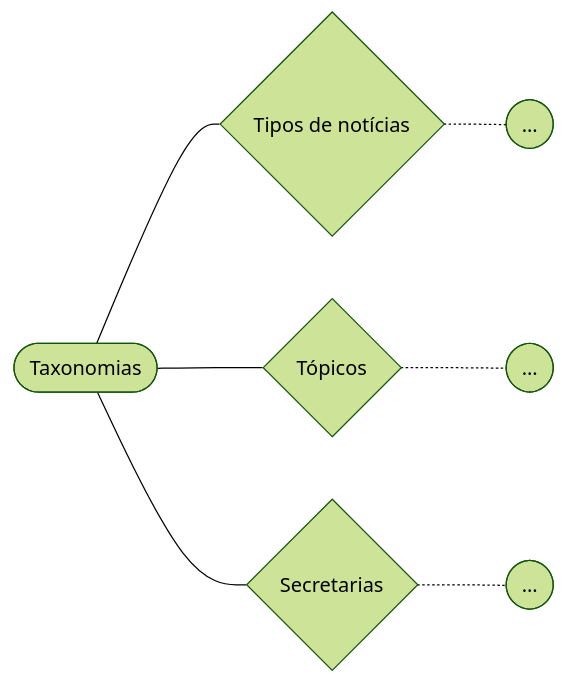
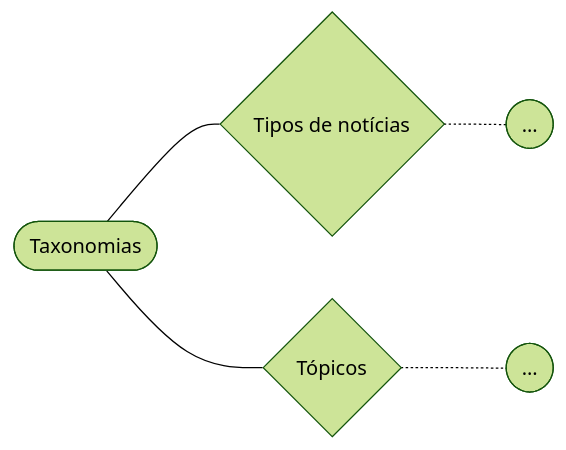
The second of 10 diagrams in docs/extraDocs/content-modelling.md (AppCivico/gov-tech__ma), drawn with Mermaid (forest theme) before and after one commit. The commit also changed other lines of this file and 9 other files, not shown here.

````diff
--- a/docs/extraDocs/content-modelling.md
+++ b/docs/extraDocs/content-modelling.md
@@ -35,10 +33,8 @@
 ```{.mermaid theme=dark background=transparent}
 graph LR
     A([Taxonomias])
     A --- B{Tipos de notícias}
     B -.- B1([...])
     A --- C{Tópicos}
     C -.- C1([...])
-    A --- D{Secretarias}
-    D -.- D1([...])
 ```
````
